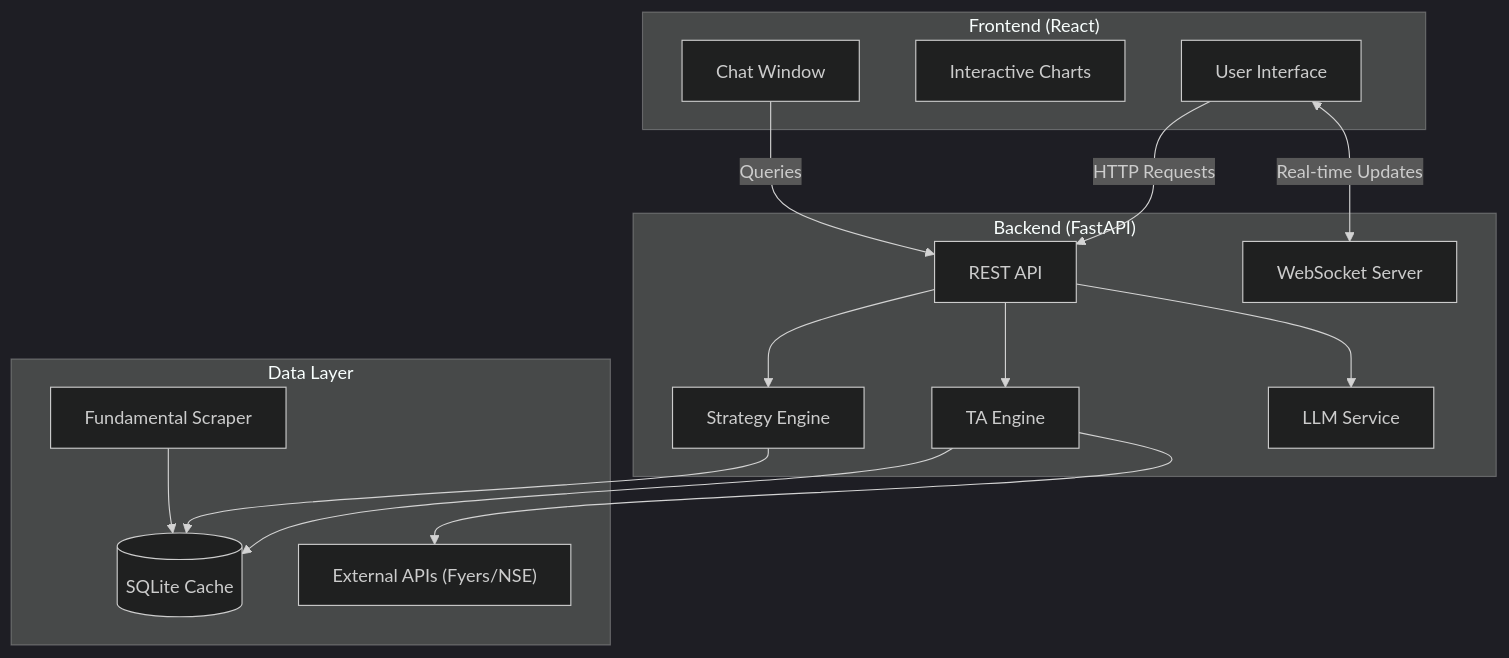
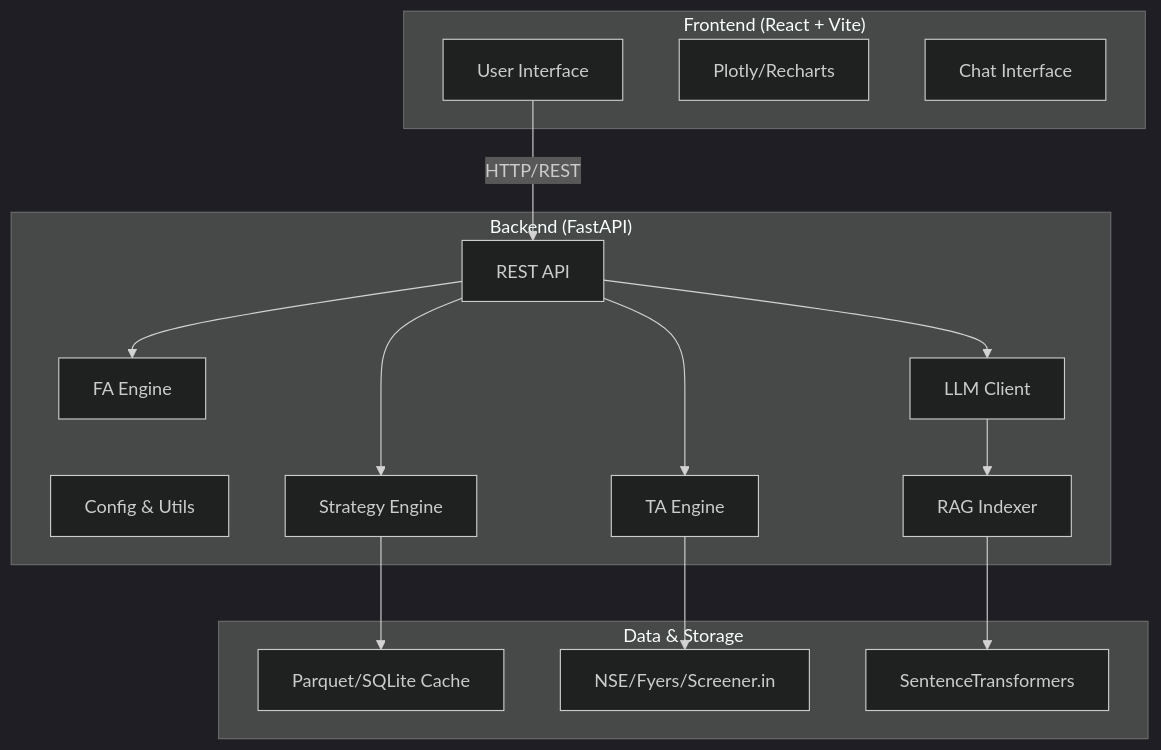
Before and after one commit to Anshul-ydv/Stock_Trade_strategy_analyser_Chatbot: the diagram in README.md, drawn with Mermaid (dark theme). The commit also changed other lines of this file, not shown here.

````diff
--- a/README.md
+++ b/README.md
@@ -22,33 +34,32 @@
 ```mermaid
 graph TD
-    subgraph "Frontend (React)"
+    subgraph "Frontend (React + Vite)"
         UI[User Interface]
-        Chart[Interactive Charts]
-        Chat[Chat Window]
+        Chart[Plotly/Recharts]
+        Chat[Chat Interface]
     end
 
     subgraph "Backend (FastAPI)"
         API[REST API]
-        WS[WebSocket Server]
+        Config[Config & Utils]
         TA[TA Engine]
+        FA[FA Engine]
         Strategy[Strategy Engine]
-        LLM[LLM Service]
+        RAG[RAG Indexer]
+        LLM[LLM Client]
     end
 
-    subgraph "Data Layer"
-        DB[("SQLite Cache")]
-        ExtAPI["External APIs (Fyers/NSE)"]
-        Scraper[Fundamental Scraper]
+    subgraph "Data & Storage"
+        Cache[Parquet/SQLite Cache]
+        ExtData[NSE/Fyers/Screener.in]
+        Embed[SentenceTransformers]
     end
 
-    UI -->|HTTP Requests| API
-    UI <-->|Real-time Updates| WS
-    Chat -->|Queries| API
-    API --> TA
-    API --> Strategy
+    UI -->|HTTP/REST| API
+    API --> TA & FA & Strategy
+    Strategy --> Cache
+    TA --> ExtData
     API --> LLM
-    TA --> DB
-    Strategy --> DB
-    TA --> ExtAPI
-    Scraper --> DB
+    LLM --> RAG
+    RAG --> Embed
 ```
````
